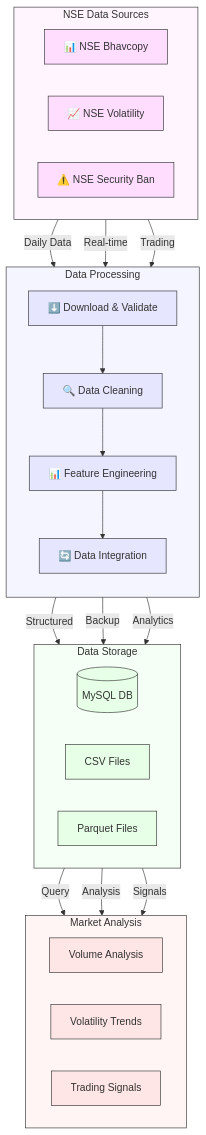
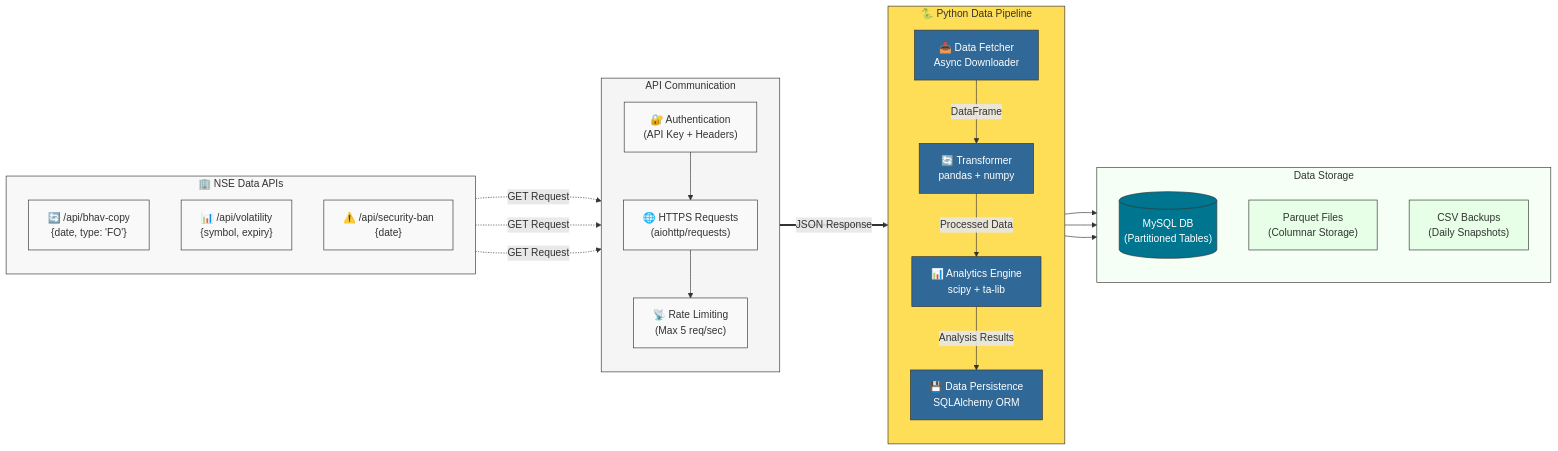
Before and after one commit to Hemant190894/FO_Bhavcopy: the diagram in README.md, drawn with Mermaid. The commit also changed other lines of this file, not shown here.

Commit message:
update readme file

````diff
--- a/README.md
+++ b/README.md
@@ -5,64 +5,79 @@
 ```mermaid
-flowchart TD
+flowchart LR
     %% Define styles
-    classDef source fill:#ffddff,stroke:#333,stroke-width:1px
-    classDef process fill:#e6e6ff,stroke:#333,stroke-width:1px
+    classDef api fill:#f9f9f9,stroke:#333,stroke-width:1px
+    classDef python fill:#306998,stroke:#333,stroke-width:1px,color:#fff
     classDef storage fill:#e6ffe6,stroke:#333,stroke-width:1px
-    classDef analysis fill:#ffe6e6,stroke:#333,stroke-width:1px
+    classDef transform fill:#FFD43B,stroke:#333,stroke-width:1px
+    classDef db fill:#00758F,stroke:#333,stroke-width:1px,color:#fff
 
-    %% Data Sources
-    subgraph Sources [NSE Data Sources]
-        direction LR
-        A1["📊 NSE Bhavcopy"]:::source
-        A2["📈 NSE Volatility"]:::source
-        A3["⚠️ NSE Security Ban"]:::source
+    %% NSE API Layer
+    subgraph NSE [🏢 NSE Data APIs]
+        direction TB
+        API1["🔄 /api/bhav-copy
+{date, type: 'FO'}"]:::api
+        API2["📊 /api/volatility
+{symbol, expiry}"]:::api
+        API3["⚠️ /api/security-ban
+{date}"]:::api
     end
 
-    %% Processing Pipeline
-    subgraph Process [Data Processing]
+    %% API Communication
+    subgraph FETCH [API Communication]
         direction TB
-        P1["⬇️ Download & Validate"]:::process
-        P2["🔍 Data Cleaning"]:::process
-        P3["📊 Feature Engineering"]:::process
-        P4["🔄 Data Integration"]:::process
-
-        P1 --> P2
-        P2 --> P3
-        P3 --> P4
+        R1["🔐 Authentication
+(API Key + Headers)"]:::api
+        R2["🌐 HTTPS Requests
+(aiohttp/requests)"]:::api
+        R3["📡 Rate Limiting
+(Max 5 req/sec)"]:::api
+        
+        R1 --> R2
+        R2 --> R3
     end
 
-    %% Storage Layer
-    subgraph Storage [Data Storage]
-        direction LR
-        S1[("MySQL DB")]:::storage
-        S2["CSV Files"]:::storage
-        S3["Parquet Files"]:::storage
+    %% Python Processing
+    subgraph PYTHON [🐍 Python Data Pipeline]
+        direction TB
+        P1["📥 Data Fetcher
+Async Downloader"]:::python
+        P2["🔄 Transformer
+pandas + numpy"]:::python
+        P3["📊 Analytics Engine
+scipy + ta-lib"]:::python
+        P4["💾 Data Persistence
+SQLAlchemy ORM"]:::python
+
+        P1 --> |"DataFrame"| P2
+        P2 --> |"Processed Data"| P3
+        P3 --> |"Analysis Results"| P4
     end
 
-    %% Analysis Layer
-    subgraph Analysis [Market Analysis]
-        direction LR
-        AN1["Volume Analysis"]:::analysis
-        AN2["Volatility Trends"]:::analysis
-        AN3["Trading Signals"]:::analysis
+    %% Storage Solutions
+    subgraph STORE [Data Storage]
+        direction TB
+        S1[("MySQL DB
+(Partitioned Tables)")]:::db
+        S2["Parquet Files
+(Columnar Storage)"]:::storage
+        S3["CSV Backups
+(Daily Snapshots)"]:::storage
     end
 
-    %% Connections
-    A1 --> |"Daily Data"| P1
-    A2 --> |"Real-time"| P1
-    A3 --> |"Trading"| P1
+    %% Connections with dotted lines and labels
+    API1 -..->|"GET Request"| R1
+    API2 -..->|"GET Request"| R1
+    API3 -..->|"GET Request"| R1
+    
+    R3 ==>|"JSON Response"| P1
+    
+    P4 --> S1
+    P4 --> S2
+    P4 --> S3
 
-    P4 --> |"Structured"| S1
-    P4 --> |"Backup"| S2
-    P4 --> |"Analytics"| S3
-
-    S1 --> |"Query"| AN1
-    S1 --> |"Analysis"| AN2
-    S1 --> |"Signals"| AN3
-
-    %% Subgraph styles
-    style Sources fill:#fff5ff,stroke:#333,stroke-width:1px
-    style Process fill:#f5f5ff,stroke:#333,stroke-width:1px
-    style Storage fill:#f5fff5,stroke:#333,stroke-width:1px
-    style Analysis fill:#fff5f5,stroke:#333,stroke-width:1px
+    %% Styles for subgraphs
+    style NSE fill:#f8f8f8,stroke:#333,stroke-width:1px
+    style FETCH fill:#f5f5f5,stroke:#333,stroke-width:1px
+    style PYTHON fill:#FFDE57,stroke:#333,stroke-width:1px
+    style STORE fill:#f5fff5,stroke:#333,stroke-width:1px
 ```
````
